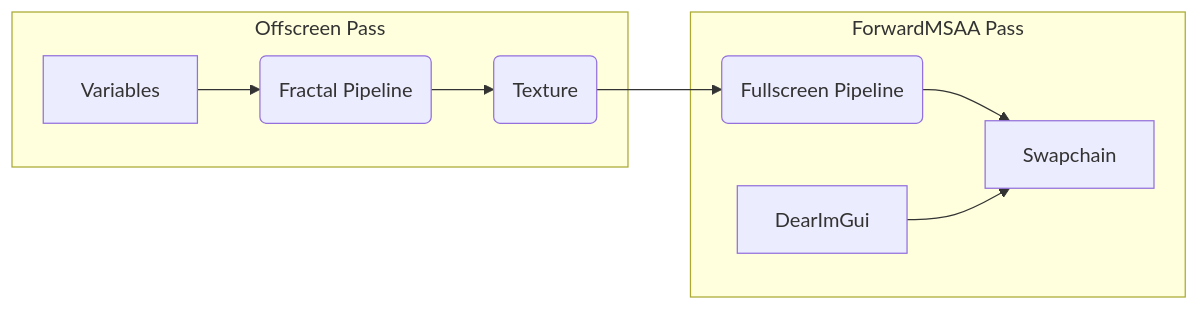
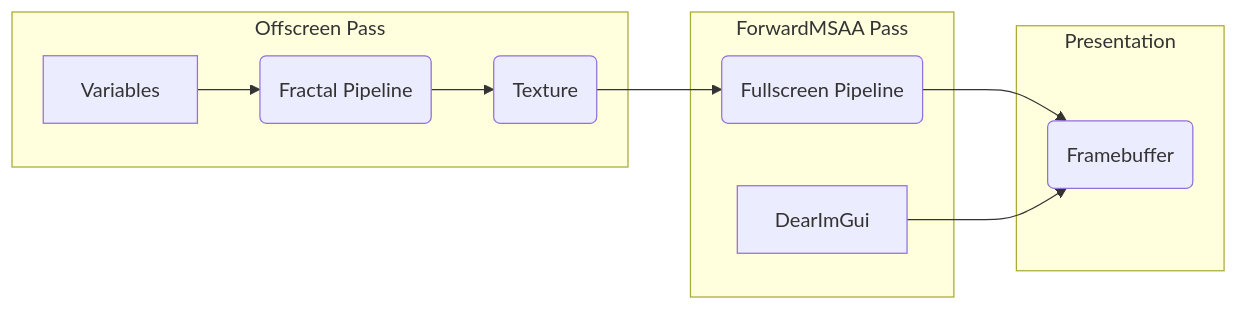
The diagram in content/blog/introducing-animation-fractal.md (TristanCacqueray/tristancacqueray.github.io), drawn with Mermaid before and after one commit. The commit also changed other lines of this file, not shown here.

Commit message:
Simplify swapchain into framebuffer

````diff
--- a/content/blog/introducing-animation-fractal.md
+++ b/content/blog/introducing-animation-fractal.md
@@ -92,11 +92,14 @@
 ```mermaid
 graph LR
   subgraph "Offscreen Pass"
     Variables --> SP(Fractal Pipeline)
     SP --> TX(Texture)
   end
+  subgraph "Presentation"
+    FB(Framebuffer)
+  end
   subgraph "ForwardMSAA Pass"
-    TX --> FP(Fullscreen Pipeline) --> Swapchain
-    DearImGui --> Swapchain
+    TX --> FP(Fullscreen Pipeline) --> FB
+    DearImGui --> FB
   end
 ```
````
